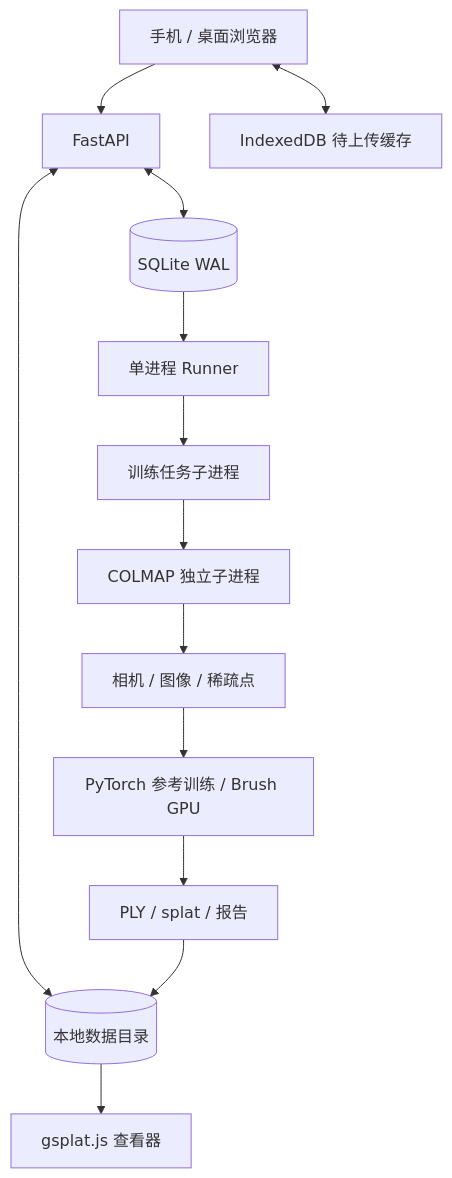
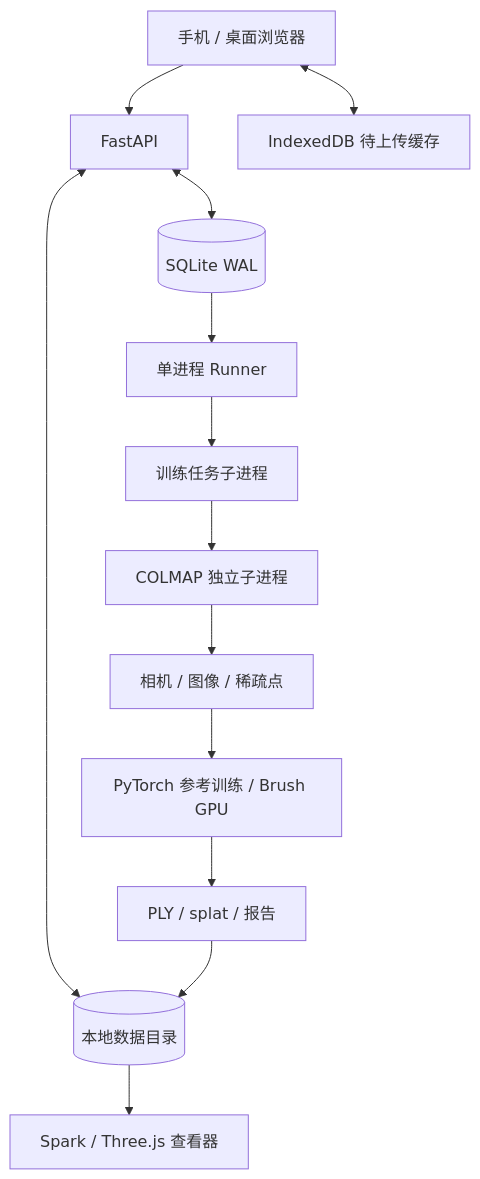
One commit to sakorman/web-scan changed the diagram in docs/ARCHITECTURE.md. Above: the diagram before and after it, drawn with Mermaid. The commit also changed other lines of this file and 31 other files, not shown here.

````diff
--- a/docs/ARCHITECTURE.md
+++ b/docs/ARCHITECTURE.md
@@ -9,15 +9,15 @@
 ```mermaid
 flowchart TB
     Web[手机 / 桌面浏览器] --> API[FastAPI]
     Web <--> Cache[IndexedDB 待上传缓存]
     API <--> DB[(SQLite WAL)]
     API <--> Files[(本地数据目录)]
     DB --> Runner[单进程 Runner]
     Runner --> Worker[训练任务子进程]
     Worker --> SfM[COLMAP 独立子进程]
     SfM --> Scene[相机 / 图像 / 稀疏点]
     Scene --> Trainer[PyTorch 参考训练 / Brush GPU]
     Trainer --> Artifacts[PLY / splat / 报告]
     Artifacts --> Files
-    Files --> Viewer[gsplat.js 查看器]
+    Files --> Viewer[Spark / Three.js 查看器]
 ```
````
